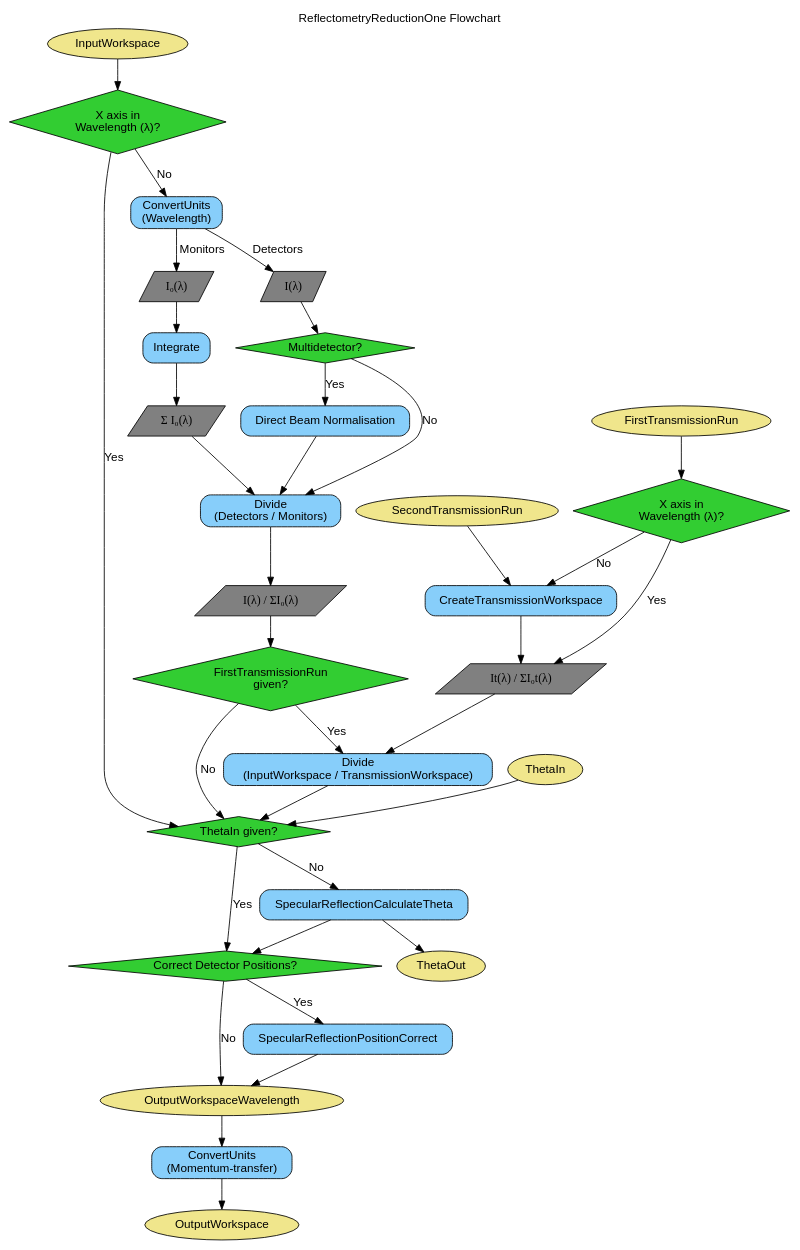
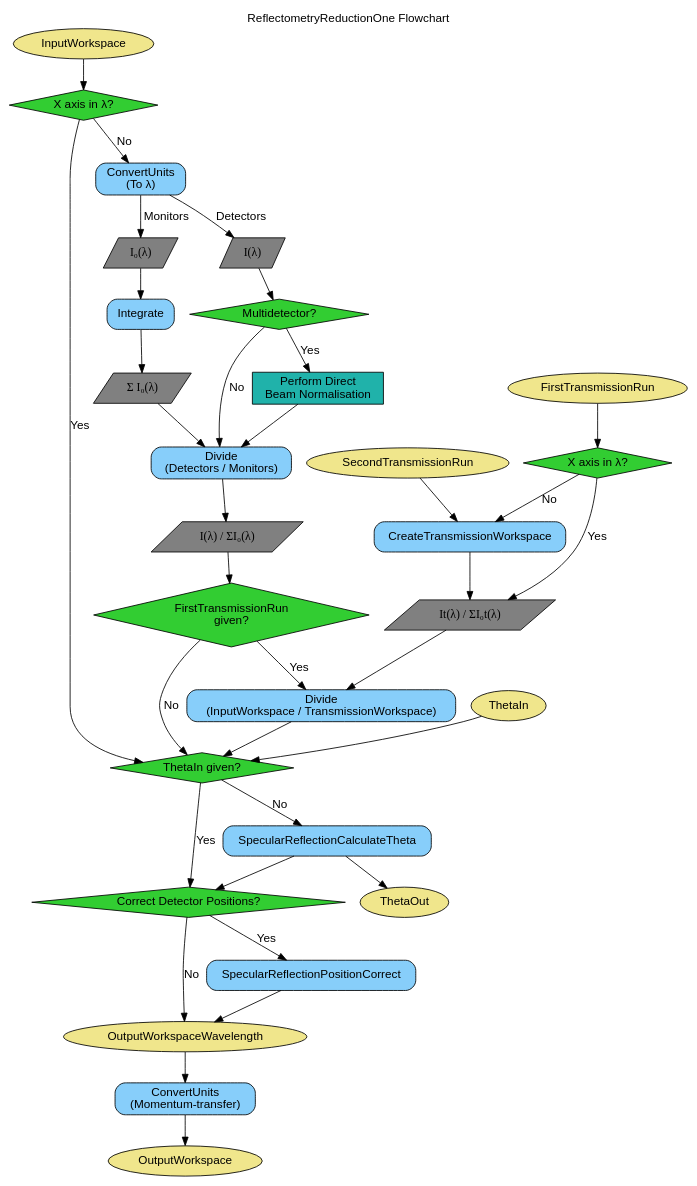
One commit to mantidproject/mantid changed the diagram in Code/Mantid/Framework/WorkflowAlgorithms/doc/diagrams/ReflectometryReductionOne.dot. Above: the diagram before and after it, drawn with Graphviz.

Commit message:
Refs #10205 Clarify the ReflectometryReductionOne workflow diagram

```diff
--- a/Code/Mantid/Framework/WorkflowAlgorithms/doc/diagrams/ReflectometryReductionOne.dot
+++ b/Code/Mantid/Framework/WorkflowAlgorithms/doc/diagrams/ReflectometryReductionOne.dot
@@ -1,85 +1,89 @@
 digraph ReflectometryReductionOne {
   label = "ReflectometryReductionOne Flowchart"
   fontname = Helvetica
   labelloc = t
 
   node[fontname="Helvetica", style = filled]
   edge[fontname="Helvetica"]
 
   subgraph params {
     node[fillcolor = khaki, shape = oval]
     inputWorkspace    [label="InputWorkspace"]
     firstTransRun     [label="FirstTransmissionRun"]
     secondTransRun    [label="SecondTransmissionRun"]
     outputWorkspaceWL [label="OutputWorkspaceWavelength"]
     outputWorkspaceMT [label="OutputWorkspace"]
     thetaIn           [label="ThetaIn"]
     thetaOut          [label="ThetaOut"]
   }
 
   subgraph decisions {
     node[fillcolor = limegreen, shape = diamond]
-    checkXUnit      [label="X axis in\nWavelength (&lambda;)?"]
+    checkXUnit      [label="X axis in &lambda;?"]
     checkMultDet    [label="Multidetector?"]
     checkTransRun   [label="FirstTransmissionRun\ngiven?"]
-    checkTransUnits [label="X axis in\nWavelength (&lambda;)?"]
+    checkTransUnits [label="X axis in &lambda;?"]
     checkThetaIn    [label="ThetaIn given?"]
     checkCorDetPos  [label="Correct Detector Positions?"]
   }
 
   subgraph algorithms {
     node[style = "rounded,filled", fillcolor = lightskyblue, shape = rectangle]
     calcTheta       [label="SpecularReflectionCalculateTheta"]
     convertToMT     [label="ConvertUnits\n(Momentum-transfer)"]
-    convertToWL     [label="ConvertUnits\n(Wavelength)"]
+    convertToWL     [label="ConvertUnits\n(To &lambda;)"]
     createTransWS   [label="CreateTransmissionWorkspace"]
-    directBeamNorm  [label="Direct Beam Normalisation"]
     divideDetMon    [label="Divide\n(Detectors / Monitors)"]
     divideTrans     [label="Divide\n(InputWorkspace / TransmissionWorkspace)"]
     intMon          [label="Integrate"]
     specRefPosCor   [label="SpecularReflectionPositionCorrect"]
+  }
+
+  subgraph processes {
+    node[fillcolor = lightseagreen, shape = rectangle]
+    directBeamNorm  [label="Perform Direct\nBeam Normalisation"]
   }
 
   subgraph values {
     node[fontname = "Times-Roman", fillcolor = grey, shape = parallelogram]
     valMon          [label="I&#8320;(&lambda;)"]
     valDet          [label="I(&lambda;)"]
     valIntegrated   [label="&Sigma; I&#8320;(&lambda;)"]
     valInputDiv     [label="I(&lambda;) / &Sigma;I&#8320;(&lambda;)"]
     valTrans        [label="It(&lambda;) / &Sigma;I&#8320;t(&lambda;)"]
   }
 
   inputWorkspace    -> checkXUnit
   checkXUnit        -> checkThetaIn     [label="Yes"]
   checkXUnit        -> convertToWL      [label="No"]
   convertToWL       -> valMon           [label="Monitors"]
   convertToWL       -> valDet           [label="Detectors"]
   valMon            -> intMon
   valDet            -> checkMultDet
   intMon            -> valIntegrated
   valIntegrated     -> divideDetMon
   checkMultDet      -> directBeamNorm   [label="Yes"]
   checkMultDet      -> divideDetMon     [label="No"]
   directBeamNorm    -> divideDetMon
   divideDetMon      -> valInputDiv
   valInputDiv       -> checkTransRun
   checkTransRun     -> divideTrans      [label="Yes"]
   checkTransRun     -> checkThetaIn     [label="No"]
   firstTransRun     -> checkTransUnits
   checkTransUnits   -> valTrans         [label="Yes"]
   checkTransUnits   -> createTransWS    [label="No"]
   secondTransRun    -> createTransWS
   createTransWS     -> valTrans
   valTrans          -> divideTrans
   divideTrans       -> checkThetaIn
   thetaIn           -> checkThetaIn
   checkThetaIn      -> checkCorDetPos   [label="Yes"]
   checkThetaIn      -> calcTheta        [label="No"]
   calcTheta         -> checkCorDetPos
   calcTheta         -> thetaOut
   checkCorDetPos    -> specRefPosCor    [label="Yes"]
   checkCorDetPos    -> outputWorkspaceWL[label="No"]
   specRefPosCor     -> outputWorkspaceWL
   outputWorkspaceWL -> convertToMT
   convertToMT       -> outputWorkspaceMT
 }
```
